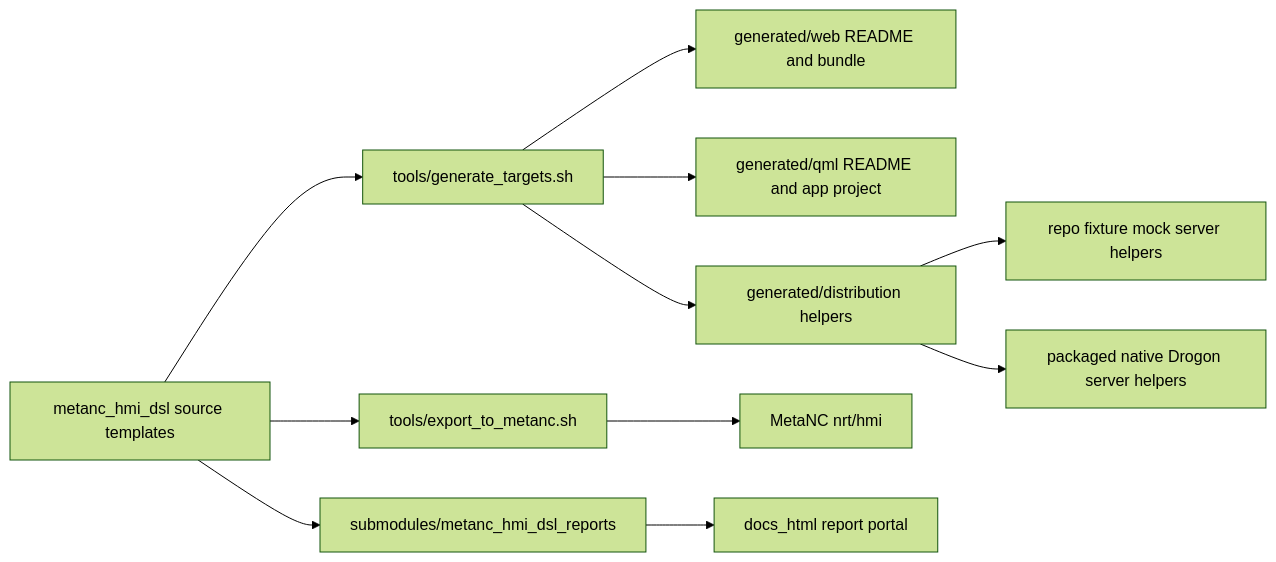
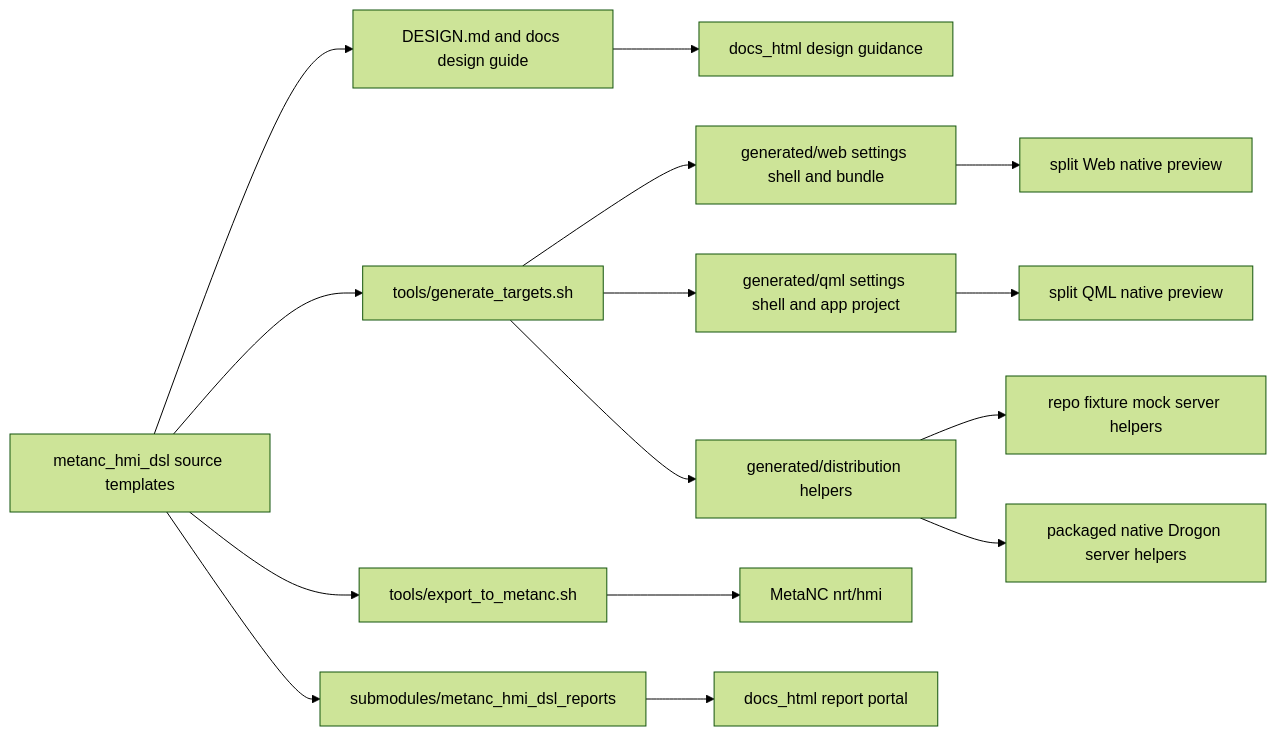
The diagram in 2026-04-29-codex-session/architecture-diagram.md (luppiterw/metanc_hmi_dsl_reports), drawn with Mermaid (forest theme) before and after one commit. The commit also changed 7 other files, not shown here.

First line of the commit message:
docs: refresh 2026-04-29 settings shell report

````diff
--- a/2026-04-29-codex-session/architecture-diagram.md
+++ b/2026-04-29-codex-session/architecture-diagram.md
@@ -3,13 +3,17 @@
 ```mermaid
 flowchart LR
     DSL[metanc_hmi_dsl source templates] --> GEN[tools/generate_targets.sh]
-    GEN --> WEB[generated/web README and bundle]
-    GEN --> QML[generated/qml README and app project]
+    DSL --> DESIGN[DESIGN.md and docs design guide]
+    DESIGN --> DOCSHTML[docs_html design guidance]
+    GEN --> WEB[generated/web settings shell and bundle]
+    GEN --> QML[generated/qml settings shell and app project]
     GEN --> DIST[generated/distribution helpers]
+    WEB --> WEBRUN[split Web native preview]
+    QML --> QMLRUN[split QML native preview]
     DIST --> FIXTURE[repo fixture mock server helpers]
     DIST --> NATIVE[packaged native Drogon server helpers]
     DSL --> EXPORT[tools/export_to_metanc.sh]
     EXPORT --> METANC[MetaNC nrt/hmi]
     DSL --> REPORTS[submodules/metanc_hmi_dsl_reports]
     REPORTS --> DOCS[docs_html report portal]
 ```
````
